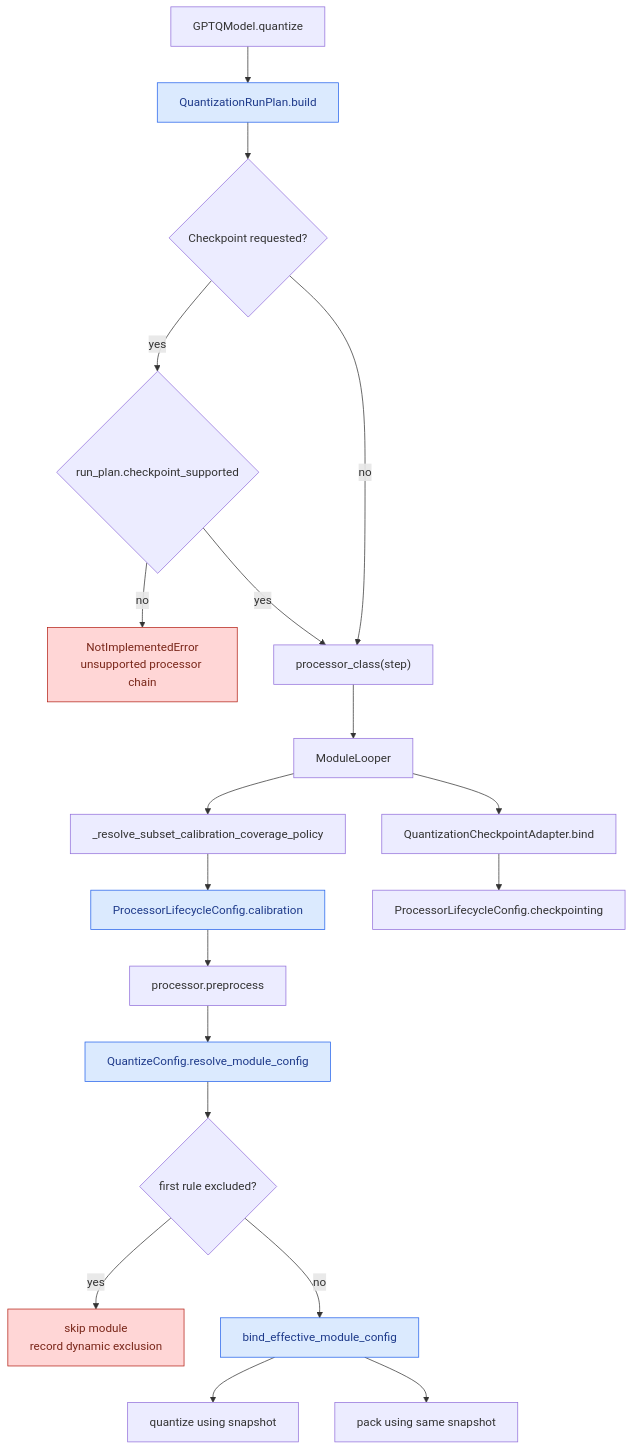
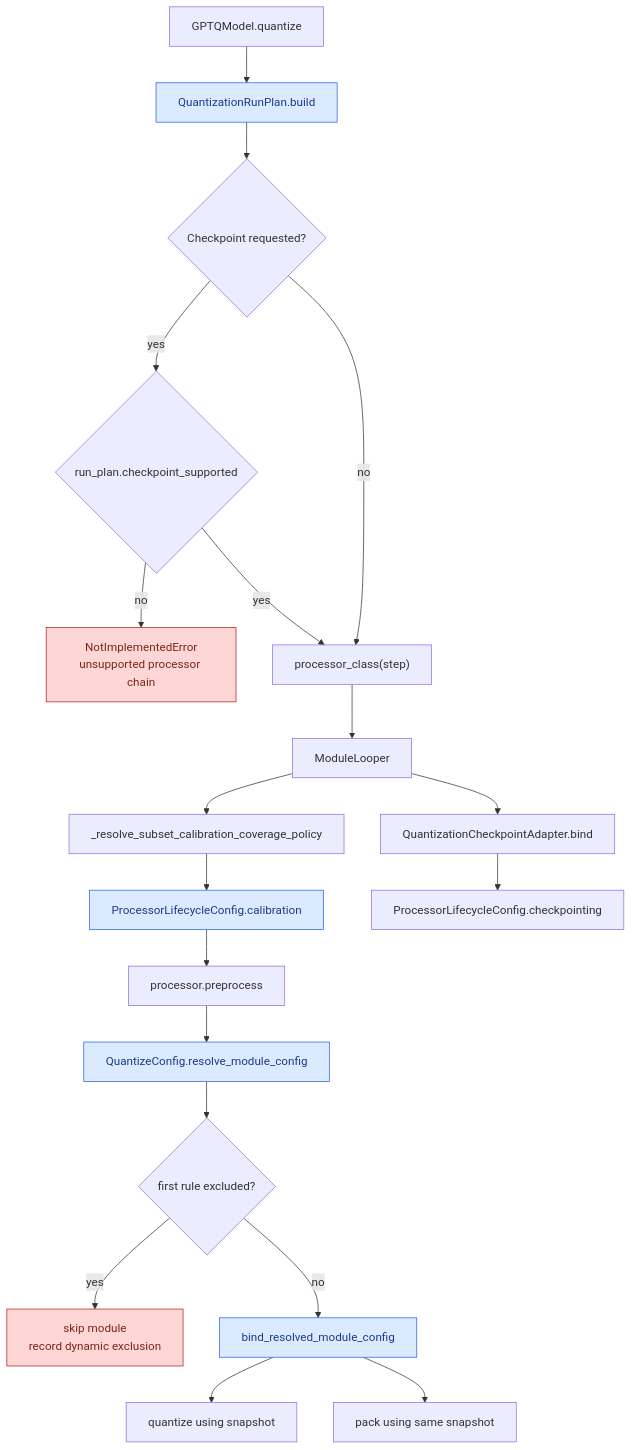
One commit to ModelCloud/GPTQModel changed the diagram in docs/quantization-lifecycle-contracts.md. Above: the diagram before and after it, drawn with Mermaid. The commit also changed other lines of this file and 15 other files, not shown here.

First line of the commit message:
refactor(quantization): rename resolved module config

````diff
--- a/docs/quantization-lifecycle-contracts.md
+++ b/docs/quantization-lifecycle-contracts.md
@@ -30,26 +30,26 @@
 ```mermaid
 flowchart TD
     A["GPTQModel.quantize"] --> B["QuantizationRunPlan.build"]
     B --> C{"Checkpoint requested?"}
     C -- yes --> D{"run_plan.checkpoint_supported"}
     D -- no --> X1["NotImplementedError<br/>unsupported processor chain"]
     D -- yes --> E["processor_class(step)"]
     C -- no --> E
     E --> F["ModuleLooper"]
     F --> G["_resolve_subset_calibration_coverage_policy"]
     G --> H["ProcessorLifecycleConfig.calibration"]
     H --> I["processor.preprocess"]
     I --> J["QuantizeConfig.resolve_module_config"]
     J --> K{"first rule excluded?"}
     K -- yes --> X2["skip module<br/>record dynamic exclusion"]
-    K -- no --> L["bind_effective_module_config"]
+    K -- no --> L["bind_resolved_module_config"]
     L --> M["quantize using snapshot"]
     L --> N["pack using same snapshot"]
     F --> O["QuantizationCheckpointAdapter.bind"]
     O --> P["ProcessorLifecycleConfig.checkpointing"]
 
     classDef failure fill:#ffd6d6,stroke:#b42318,color:#7a271a;
     classDef contract fill:#dbeafe,stroke:#2563eb,color:#1e3a8a;
     class X1,X2 failure;
     class B,H,J,L contract;
 ```
````
